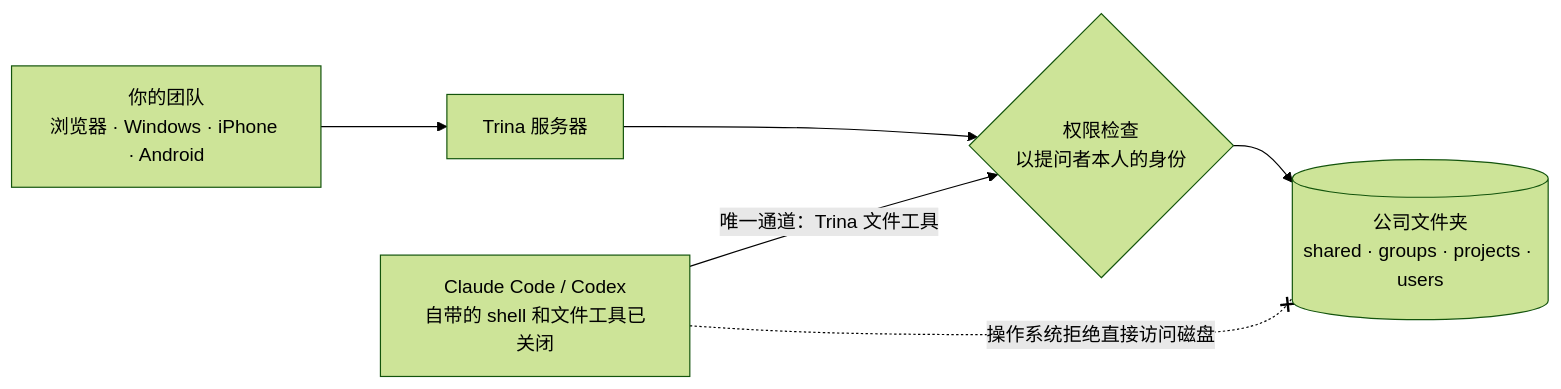
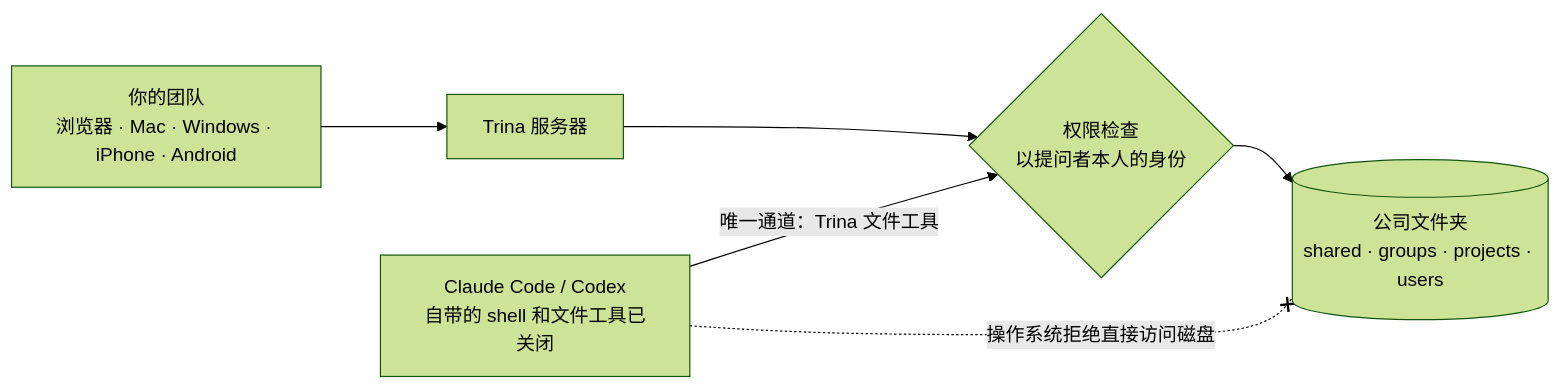
One commit to trina-app/trina-ax changed the diagram in README.zh-CN.md. Above: the diagram before and after it, drawn with Mermaid (forest theme). The commit also changed other lines of this file and 8 other files, not shown here.

````diff
--- a/README.zh-CN.md
+++ b/README.zh-CN.md
@@ -77,8 +155,8 @@
 ```mermaid
 flowchart LR
-  P["你的团队<br/>浏览器 · Windows · iPhone · Android"] --> S["Trina 服务器"]
+  P["你的团队<br/>浏览器 · Mac · Windows · iPhone · Android"] --> S["Trina 服务器"]
   E["Claude Code / Codex<br/>自带的 shell 和文件工具已关闭"] -->|"唯一通道：Trina 文件工具"| C{"权限检查<br/>以提问者本人的身份"}
   S --> C
   C --> D[("公司文件夹<br/>shared · groups · projects · users")]
   E -. "操作系统拒绝直接访问磁盘" .-x D
 ```
````
